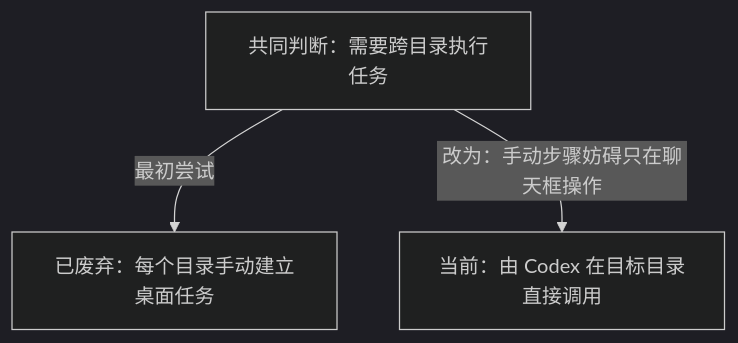
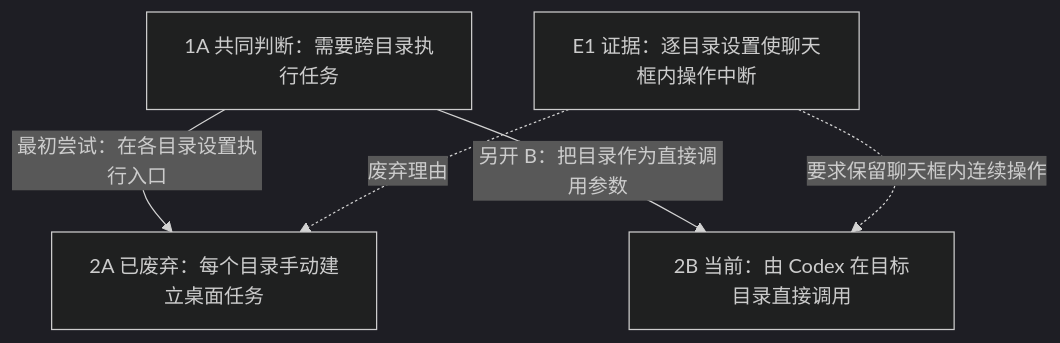
One commit to pieable/dragon-ball-agent changed the first of 2 diagrams in skills/workflow-route-mapper/references/route-graph.md. Above: the diagram before and after it, drawn with Mermaid (dark theme). The commit also changed other lines of this file and 297 other files, not shown here.

````diff
--- a/skills/workflow-route-mapper/references/route-graph.md
+++ b/skills/workflow-route-mapper/references/route-graph.md
@@ -9,8 +45,11 @@
 ```mermaid
 flowchart TD
-  Shared["共同判断：需要跨目录执行任务"]
-  Old["已废弃：每个目录手动建立桌面任务"]
-  New["当前：由 Codex 在目标目录直接调用"]
-  Shared -->|"最初尝试"| Old
-  Shared -->|"改为：手动步骤妨碍只在聊天框操作"| New
+  N1A["1A 共同判断：需要跨目录执行任务"]
+  N2A["2A 已废弃：每个目录手动建立桌面任务"]
+  N2B["2B 当前：由 Codex 在目标目录直接调用"]
+  E1["E1 证据：逐目录设置使聊天框内操作中断"]
+  N1A -->|"最初尝试：在各目录设置执行入口"| N2A
+  N1A -->|"另开 B：把目录作为直接调用参数"| N2B
+  E1 -.->|"废弃理由"| N2A
+  E1 -.->|"要求保留聊天框内连续操作"| N2B
 ```
````
